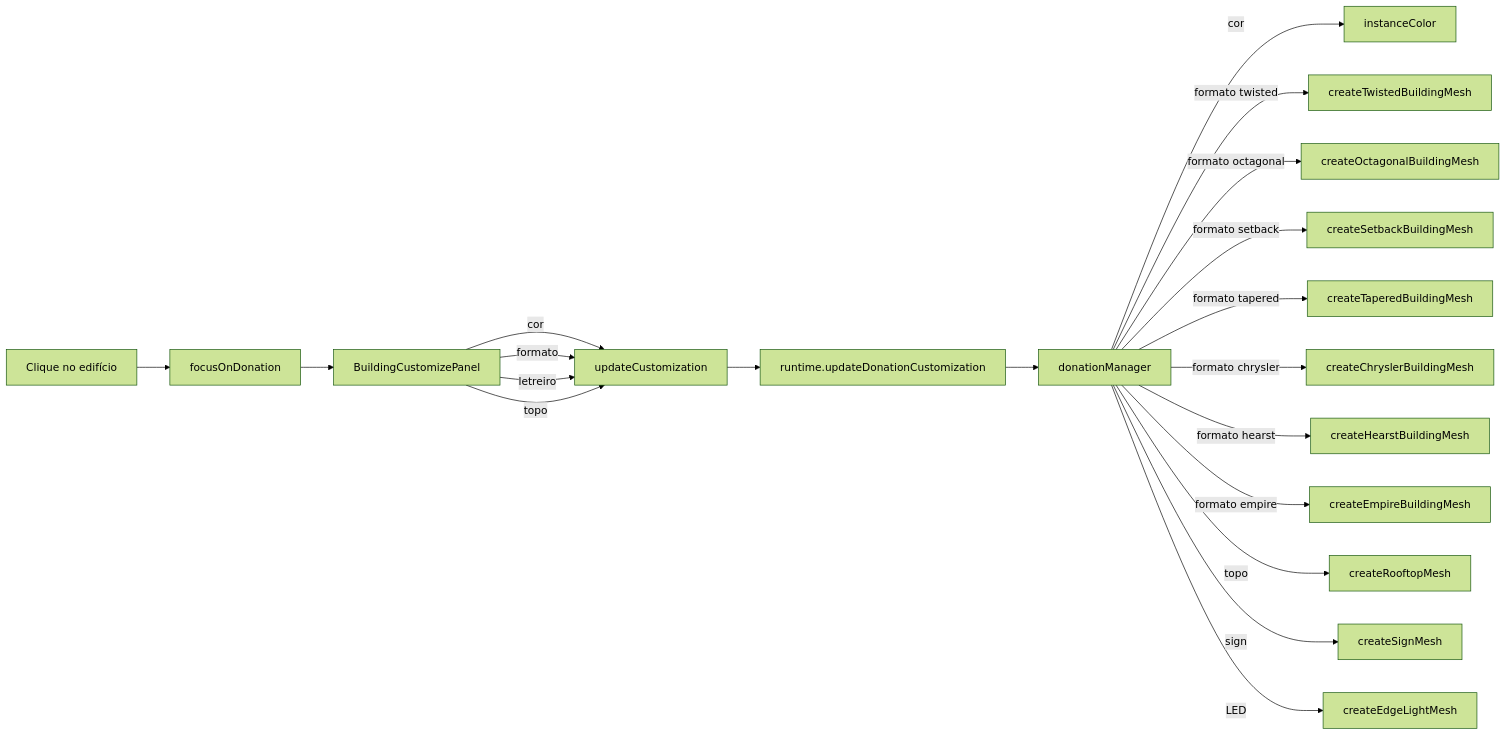
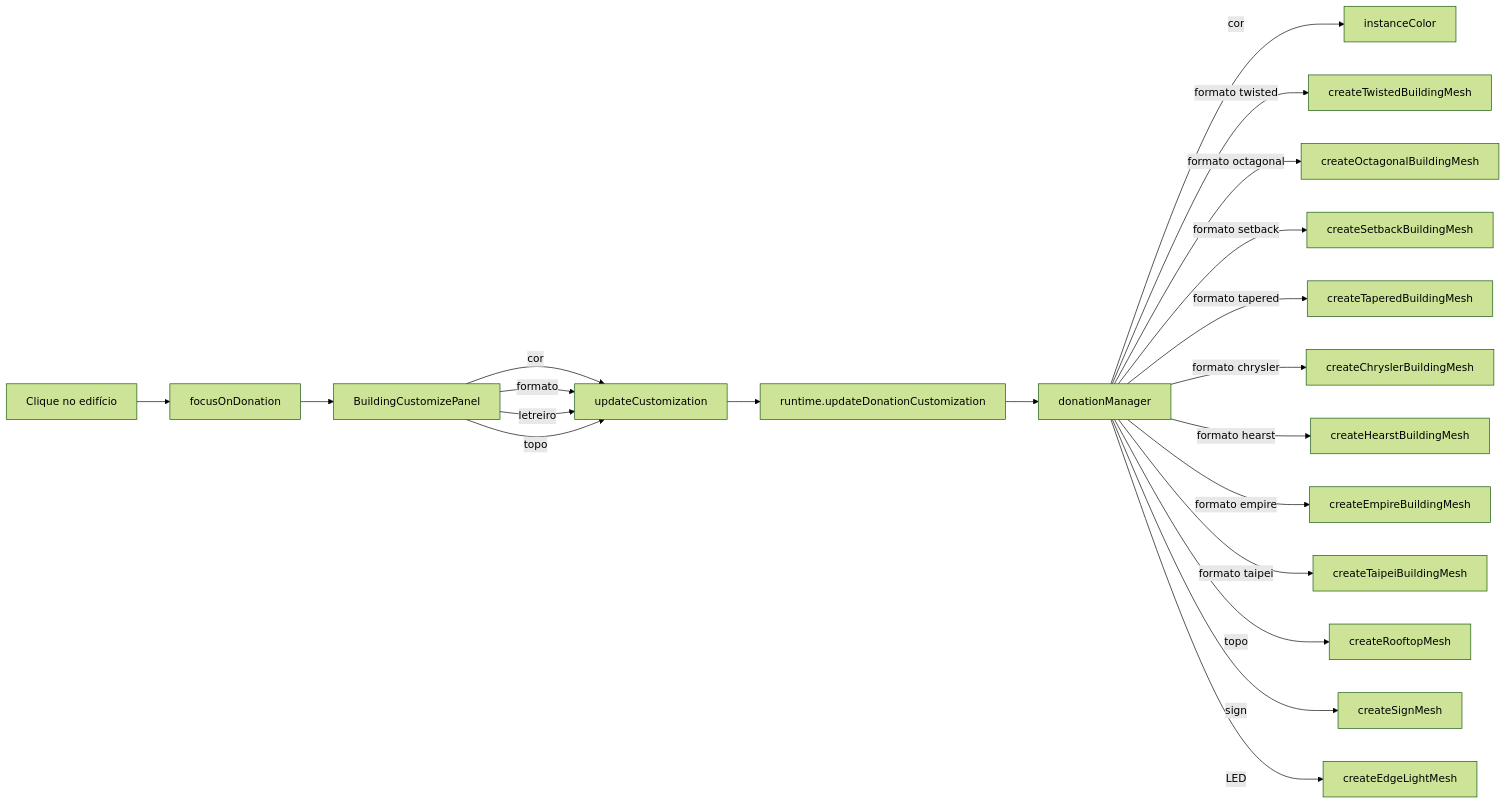
Before and after one commit to RaeII/pixcity: the second of 2 diagrams in doc-pixcity/index.md, drawn with Mermaid (forest theme). The commit also changed other lines of this file and 12 other files, not shown here.

````diff
--- a/doc-pixcity/index.md
+++ b/doc-pixcity/index.md
@@ -199,22 +201,23 @@
 ```mermaid
 flowchart LR
     Click[Clique no edifício] --> Focus[focusOnDonation]
     Focus --> Panel[BuildingCustomizePanel]
     Panel --> |cor| UC[updateCustomization]
     Panel --> |formato| UC
     Panel --> |letreiro| UC
     Panel --> |topo| UC
     UC --> Runtime[runtime.updateDonationCustomization]
     Runtime --> DM[donationManager]
     DM --> |cor| IC[instanceColor]
     DM --> |formato twisted| TW[createTwistedBuildingMesh]
     DM --> |formato octagonal| OC[createOctagonalBuildingMesh]
     DM --> |formato setback| SB[createSetbackBuildingMesh]
     DM --> |formato tapered| TP[createTaperedBuildingMesh]
     DM --> |formato chrysler| CH[createChryslerBuildingMesh]
     DM --> |formato hearst| HT[createHearstBuildingMesh]
     DM --> |formato empire| EM[createEmpireBuildingMesh]
+    DM --> |formato taipei| TP101[createTaipeiBuildingMesh]
     DM --> |topo| RM[createRooftopMesh]
     DM --> |sign| SM[createSignMesh]
     DM --> |LED| EL[createEdgeLightMesh]
 ```
````
